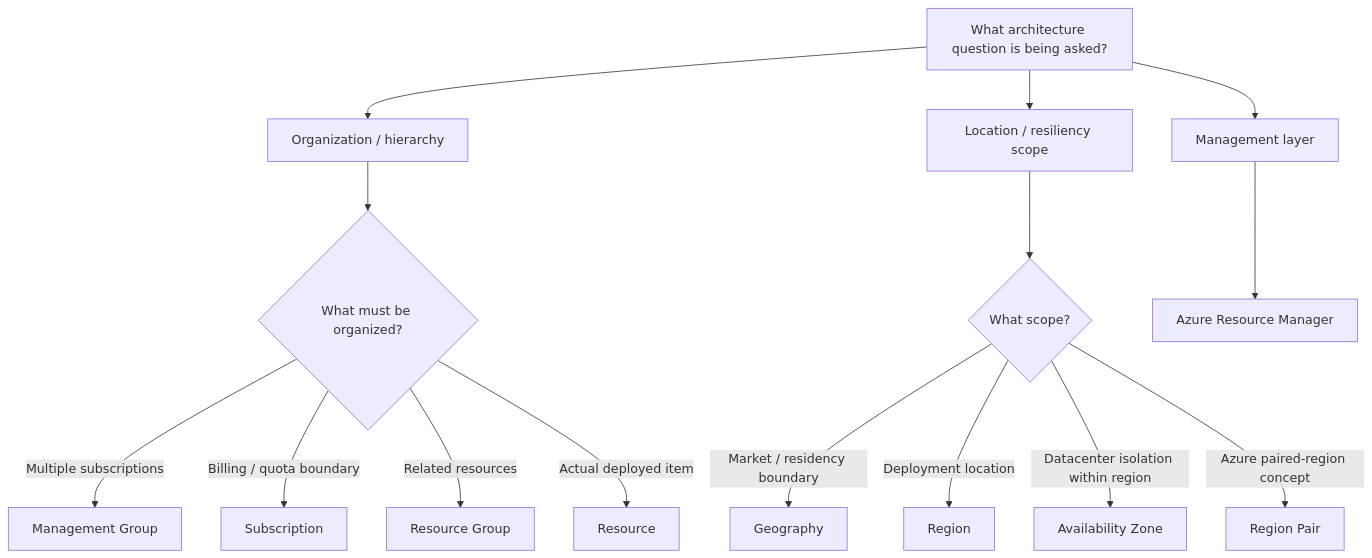
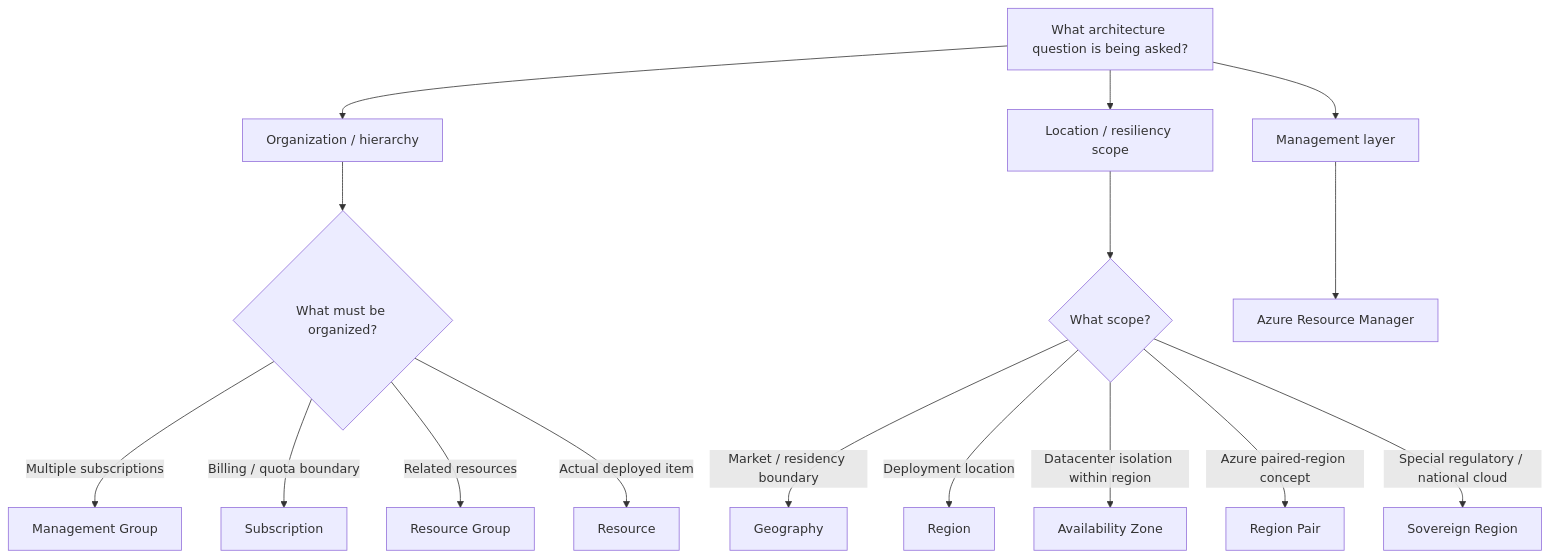
The diagram in exam/decision-trees/azure-architecture-decision-tree.md (zhyordanova/azure-fundamentals-handbook), drawn with Mermaid before and after one commit. The commit also changed other lines of this file and 13 other files, not shown here.

````diff
--- a/exam/decision-trees/azure-architecture-decision-tree.md
+++ b/exam/decision-trees/azure-architecture-decision-tree.md
@@ -5,21 +5,22 @@
 ```mermaid
 flowchart TD
     A["What architecture question is being asked?"]
     A --> B["Organization / hierarchy"]
     A --> C["Location / resiliency scope"]
     A --> D["Management layer"]
 
     B --> B1{"What must be organized?"}
     B1 -->|"Multiple subscriptions"| MG["Management Group"]
     B1 -->|"Billing / quota boundary"| SUB["Subscription"]
     B1 -->|"Related resources"| RG["Resource Group"]
     B1 -->|"Actual deployed item"| RES["Resource"]
 
     C --> C1{"What scope?"}
     C1 -->|"Market / residency boundary"| GEO["Geography"]
     C1 -->|"Deployment location"| REGION["Region"]
     C1 -->|"Datacenter isolation within region"| AZ["Availability Zone"]
     C1 -->|"Azure paired-region concept"| PAIR["Region Pair"]
+    C1 -->|"Special regulatory / national cloud"| SOV["Sovereign Region"]
 
     D --> ARM["Azure Resource Manager"]
 ```
````
